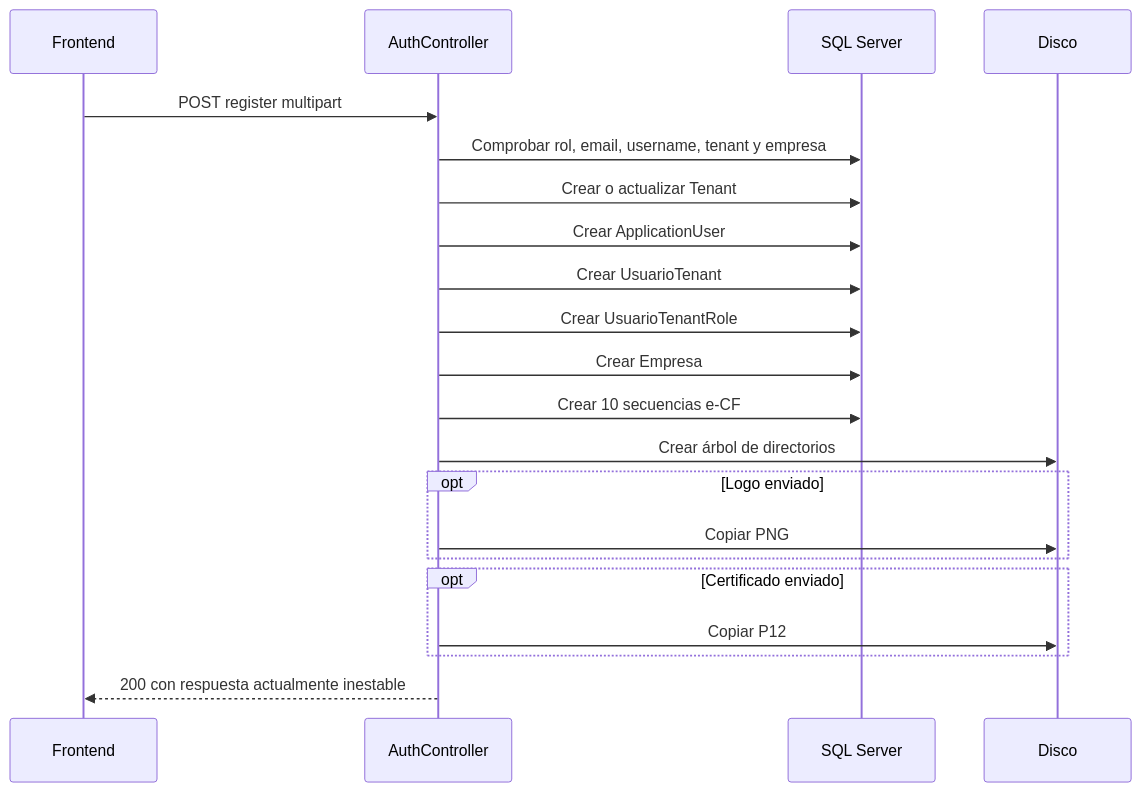
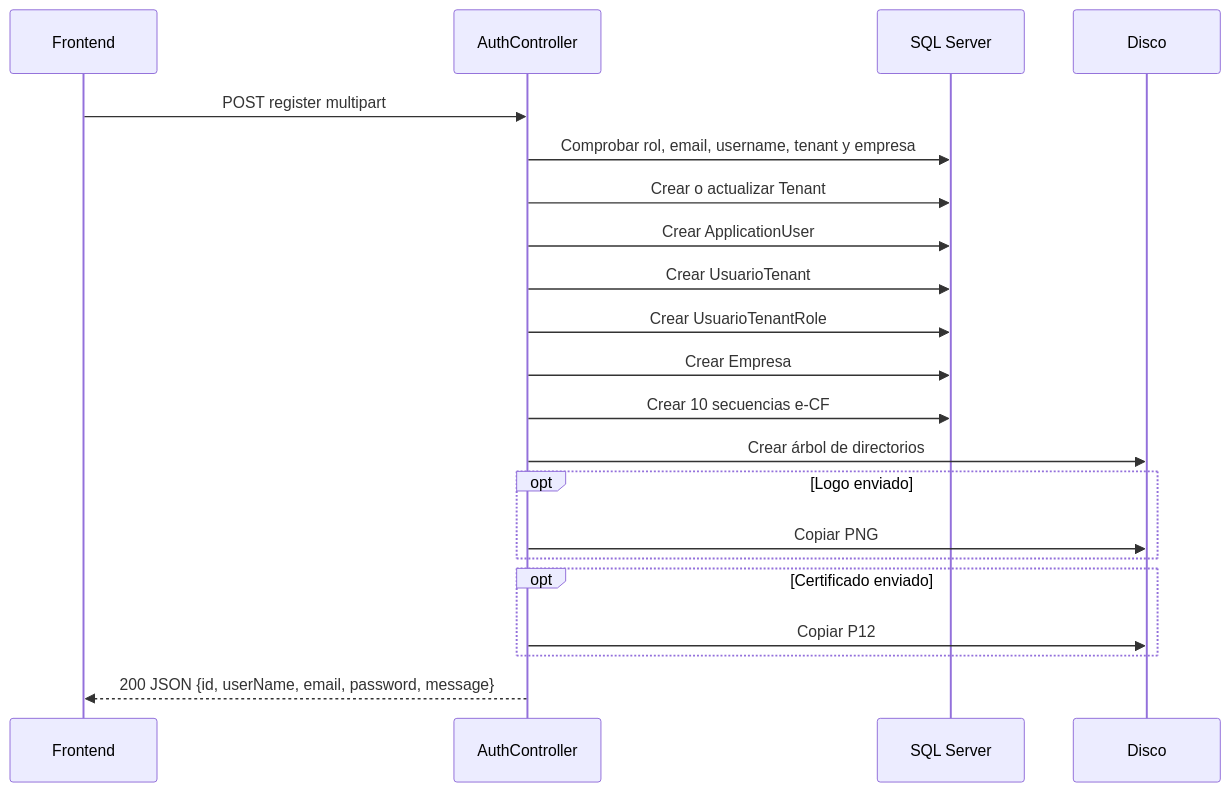
Before and after one commit to BrianPelegrin/effisort-web: the second of 2 diagrams in docs/frontend/REGISTRO_EMPRESA.md, drawn with Mermaid. The commit also changed other lines of this file and 26 other files, not shown here.

````diff
--- a/docs/frontend/REGISTRO_EMPRESA.md
+++ b/docs/frontend/REGISTRO_EMPRESA.md
@@ -377,23 +376,23 @@
 ```mermaid
 sequenceDiagram
   participant F as Frontend
   participant C as AuthController
   participant DB as SQL Server
   participant FS as Disco
   F->>C: POST register multipart
   C->>DB: Comprobar rol, email, username, tenant y empresa
   C->>DB: Crear o actualizar Tenant
   C->>DB: Crear ApplicationUser
   C->>DB: Crear UsuarioTenant
   C->>DB: Crear UsuarioTenantRole
   C->>DB: Crear Empresa
   C->>DB: Crear 10 secuencias e-CF
   C->>FS: Crear árbol de directorios
   opt Logo enviado
     C->>FS: Copiar PNG
   end
   opt Certificado enviado
     C->>FS: Copiar P12
   end
-  C-->>F: 200 con respuesta actualmente inestable
+  C-->>F: 200 JSON {id, userName, email, password, message}
 ```
````
